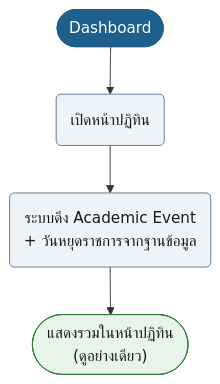
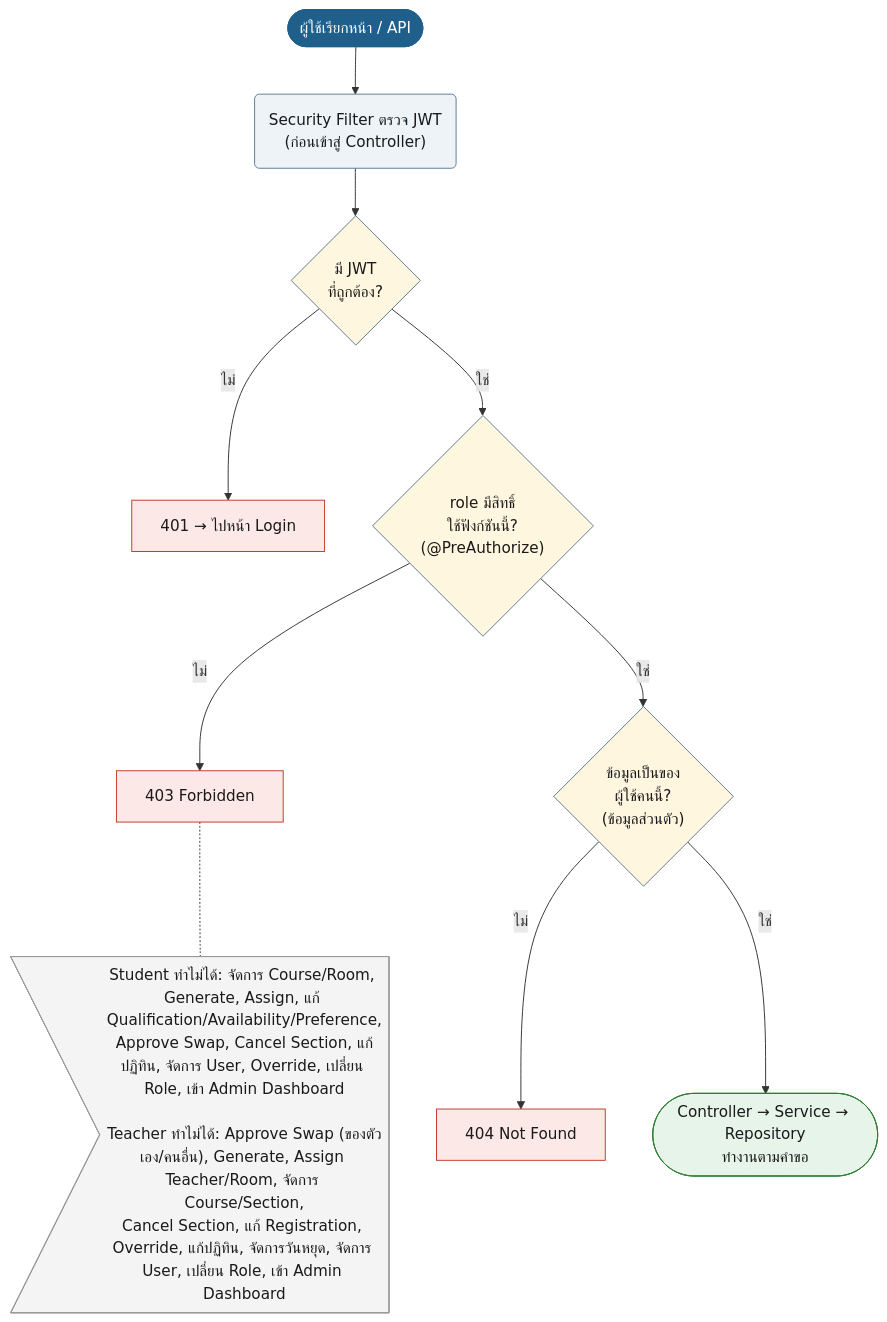
The third of 49 diagrams in doc/userflow.md (synthesixer/AcadOS), drawn with Mermaid before and after one commit. The commit also changed other lines of this file and 1 other file, not shown here.

````diff
--- a/doc/userflow.md
+++ b/doc/userflow.md
@@ -143,16 +173,28 @@
 ```mermaid
 flowchart TD
-    n1(["Dashboard"]):::start
-    n2("เปิดหน้าปฏิทิน"):::act
-    n3("ระบบดึง Academic Event<br/>+ วันหยุดราชการจากฐานข้อมูล"):::act
-    n4(["แสดงรวมในหน้าปฏิทิน<br/>(ดูอย่างเดียว)"]):::ok
+    n1(["ผู้ใช้เรียกหน้า / API"]):::start
+    n2("Security Filter ตรวจ JWT<br/>(ก่อนเข้าสู่ Controller)"):::act
     n1 --> n2
+    n3{"มี JWT<br/>ที่ถูกต้อง?"}:::dec
     n2 --> n3
-    n3 --> n4
+    n4["401 → ไปหน้า Login"]:::bad
+    n3 -->|ไม่| n4
+    n5{"role มีสิทธิ์<br/>ใช้ฟังก์ชันนี้?<br/>(@PreAuthorize)"}:::dec
+    n3 -->|ใช่| n5
+    n6["403 Forbidden"]:::bad
+    n5 -->|ไม่| n6
+    n7{"ข้อมูลเป็นของ<br/>ผู้ใช้คนนี้?<br/>(ข้อมูลส่วนตัว)"}:::dec
+    n5 -->|ใช่| n7
+    n8["404 Not Found"]:::bad
+    n7 -->|ไม่| n8
+    n9(["Controller → Service → Repository<br/>ทำงานตามคำขอ"]):::ok
+    n7 -->|ใช่| n9
+    n10>"Student ทำไม่ได้: จัดการ Course/Room, Generate, Assign, แก้ Qualification/Availability/Preference,<br/>Approve Swap, Cancel Section, แก้ปฏิทิน, จัดการ User, Override, เปลี่ยน Role, เข้า Admin Dashboard<br/><br/>Teacher ทำไม่ได้: Approve Swap (ของตัวเอง/คนอื่น), Generate, Assign Teacher/Room, จัดการ Course/Section,<br/>Cancel Section, แก้ Registration, Override, แก้ปฏิทิน, จัดการวันหยุด, จัดการ User, เปลี่ยน Role, เข้า Admin Dashboard"]:::note
+    n6 -.- n10
     classDef start fill:#1F5F8B,stroke:#1F5F8B,color:#fff
     classDef act fill:#EEF3F8,stroke:#5B7A94,color:#1a1a1a
     classDef dec fill:#FFF6E0,stroke:#5B7A94,color:#1a1a1a
     classDef bad fill:#FCE8E6,stroke:#C0392B,color:#1a1a1a
     classDef ok fill:#E6F4EA,stroke:#2E7D32,color:#1a1a1a
     classDef note fill:#F4F4F4,stroke:#999,color:#1a1a1a
 ```
````
